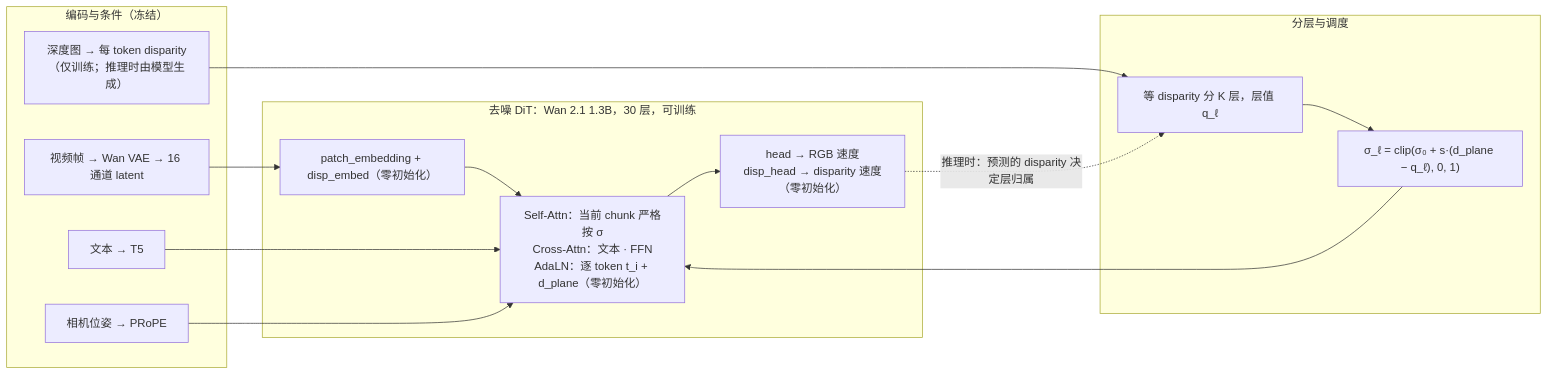
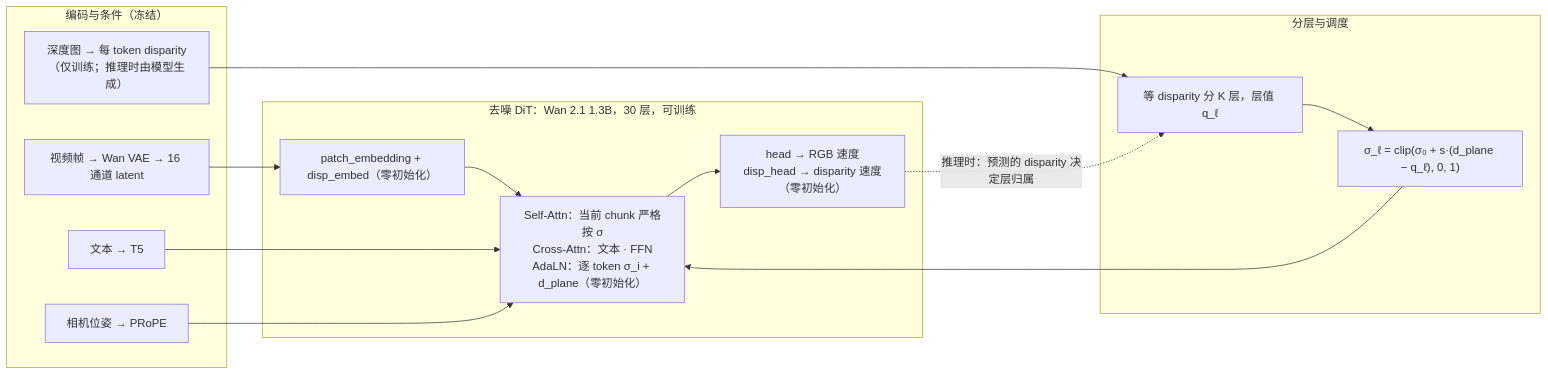
Before and after one commit to legallchaperone/WaveFront: the second of 3 diagrams in docs/WaveFront_Proposal.md, drawn with Mermaid. The commit also changed other lines of this file, not shown here.

````diff
--- a/docs/WaveFront_Proposal.md
+++ b/docs/WaveFront_Proposal.md
@@ -197,25 +199,25 @@
 ```mermaid
 flowchart LR
     subgraph ENC["编码与条件（冻结）"]
         TXT["文本 → T5"]
         CAM["相机位姿 → PRoPE"]
         VID["视频帧 → Wan VAE → 16 通道 latent"]
         DEP["深度图 → 每 token disparity<br/>（仅训练；推理时由模型生成）"]
     end
     subgraph SCH["分层与调度"]
         LAY["等 disparity 分 K 层，层值 q_ℓ"]
         SIG["σ_ℓ = clip(σ₀ + s·(d_plane − q_ℓ), 0, 1)"]
     end
     subgraph DIT["去噪 DiT：Wan 2.1 1.3B，30 层，可训练"]
         IN["patch_embedding + disp_embed（零初始化）"]
-        BLK["Self-Attn：当前 chunk 严格按 σ<br/>Cross-Attn：文本 · FFN<br/>AdaLN：逐 token t_i + d_plane（零初始化）"]
+        BLK["Self-Attn：当前 chunk 严格按 σ<br/>Cross-Attn：文本 · FFN<br/>AdaLN：逐 token σ_i + d_plane（零初始化）"]
         OUT["head → RGB 速度<br/>disp_head → disparity 速度（零初始化）"]
         IN --> BLK --> OUT
     end
     VID --> IN
     DEP --> LAY
     LAY --> SIG --> BLK
     TXT --> BLK
     CAM --> BLK
     OUT -. 推理时：预测的 disparity 决定层归属 .-> LAY
 ```
````
